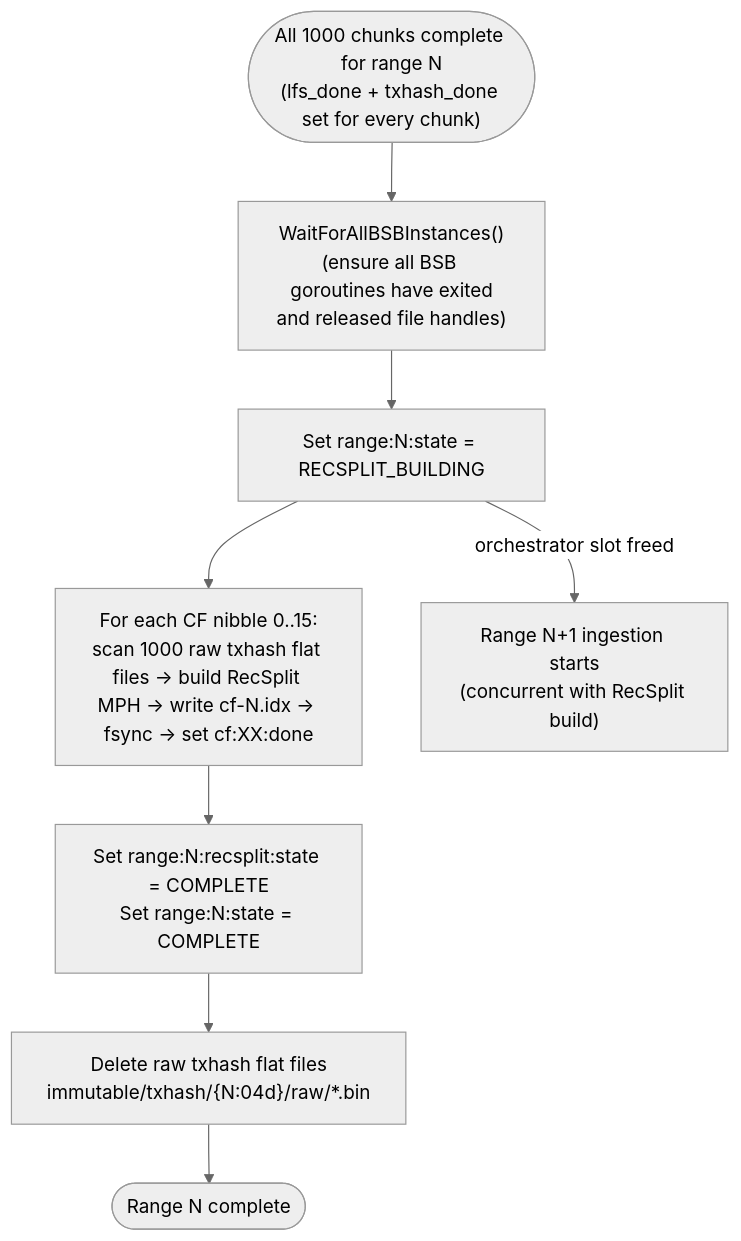
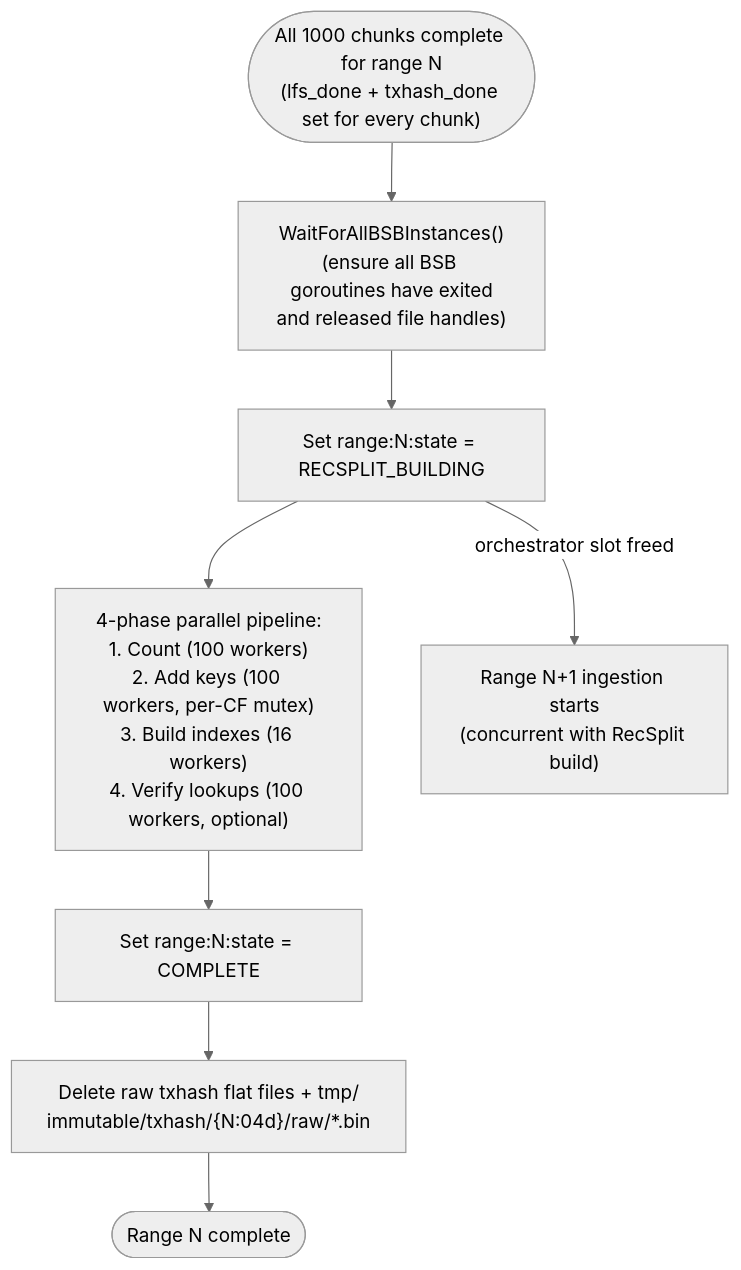
Before and after one commit to stellar/stellar-rpc: the ninth of 12 diagrams in full-history/design-docs/01-architecture-overview.md, drawn with Mermaid (neutral theme). The commit also changed other lines of this file and 6 other files, not shown here.

First line of the commit message:
Update design docs for 4-phase RecSplit pipeline and per-CF bookkeeping

````diff
--- a/full-history/design-docs/01-architecture-overview.md
+++ b/full-history/design-docs/01-architecture-overview.md
@@ -238,11 +238,11 @@
 ```mermaid
 flowchart TD
     DONE1000(["All 1000 chunks complete for range N<br/>(lfs_done + txhash_done set for every chunk)"]) --> BARRIER["WaitForAllBSBInstances()<br/>(ensure all BSB goroutines have exited<br/>and released file handles)"]
     BARRIER --> SET_RS["Set range:N:state = RECSPLIT_BUILDING"]
-    SET_RS --> BUILD_CFS["For each CF nibble 0..15:<br/>scan 1000 raw txhash flat files → build RecSplit MPH → write cf-N.idx → fsync → set cf:XX:done"]
-    BUILD_CFS --> RS_COMPLETE["Set range:N:recsplit:state = COMPLETE<br/>Set range:N:state = COMPLETE"]
-    RS_COMPLETE --> DELETE_RAW["Delete raw txhash flat files<br/>immutable/txhash/{N:04d}/raw/*.bin"]
+    SET_RS --> BUILD_CFS["4-phase parallel pipeline:<br/>1. Count (100 workers)<br/>2. Add keys (100 workers, per-CF mutex)<br/>3. Build indexes (16 workers)<br/>4. Verify lookups (100 workers, optional)"]
+    BUILD_CFS --> RS_COMPLETE["Set range:N:state = COMPLETE"]
+    RS_COMPLETE --> DELETE_RAW["Delete raw txhash flat files + tmp/<br/>immutable/txhash/{N:04d}/raw/*.bin"]
     DELETE_RAW --> RANGE_DONE(["Range N complete"])
 
     SET_RS -->|"orchestrator slot freed"| INGEST_NEXT["Range N+1 ingestion starts<br/>(concurrent with RecSplit build)"]
 ```
````
